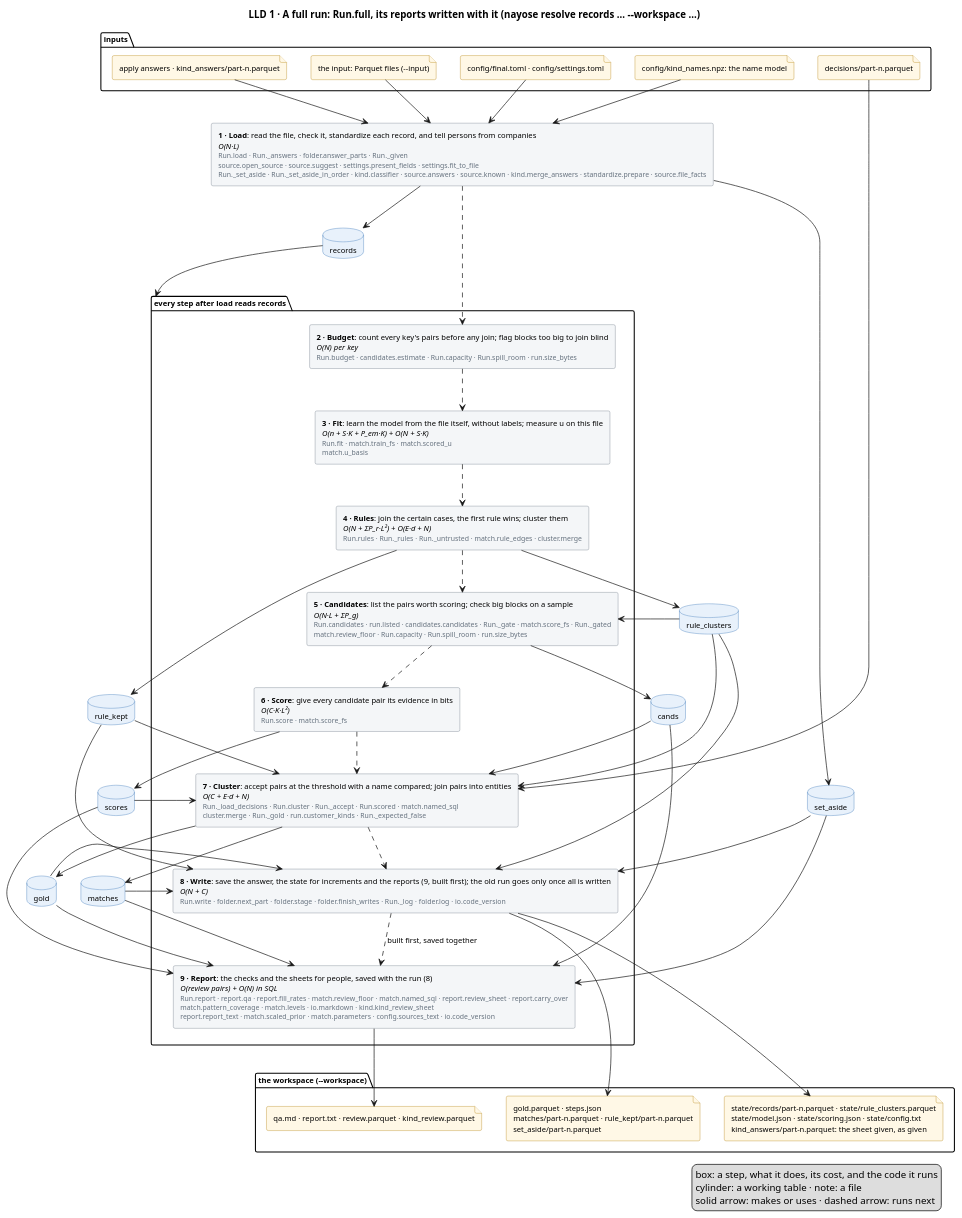
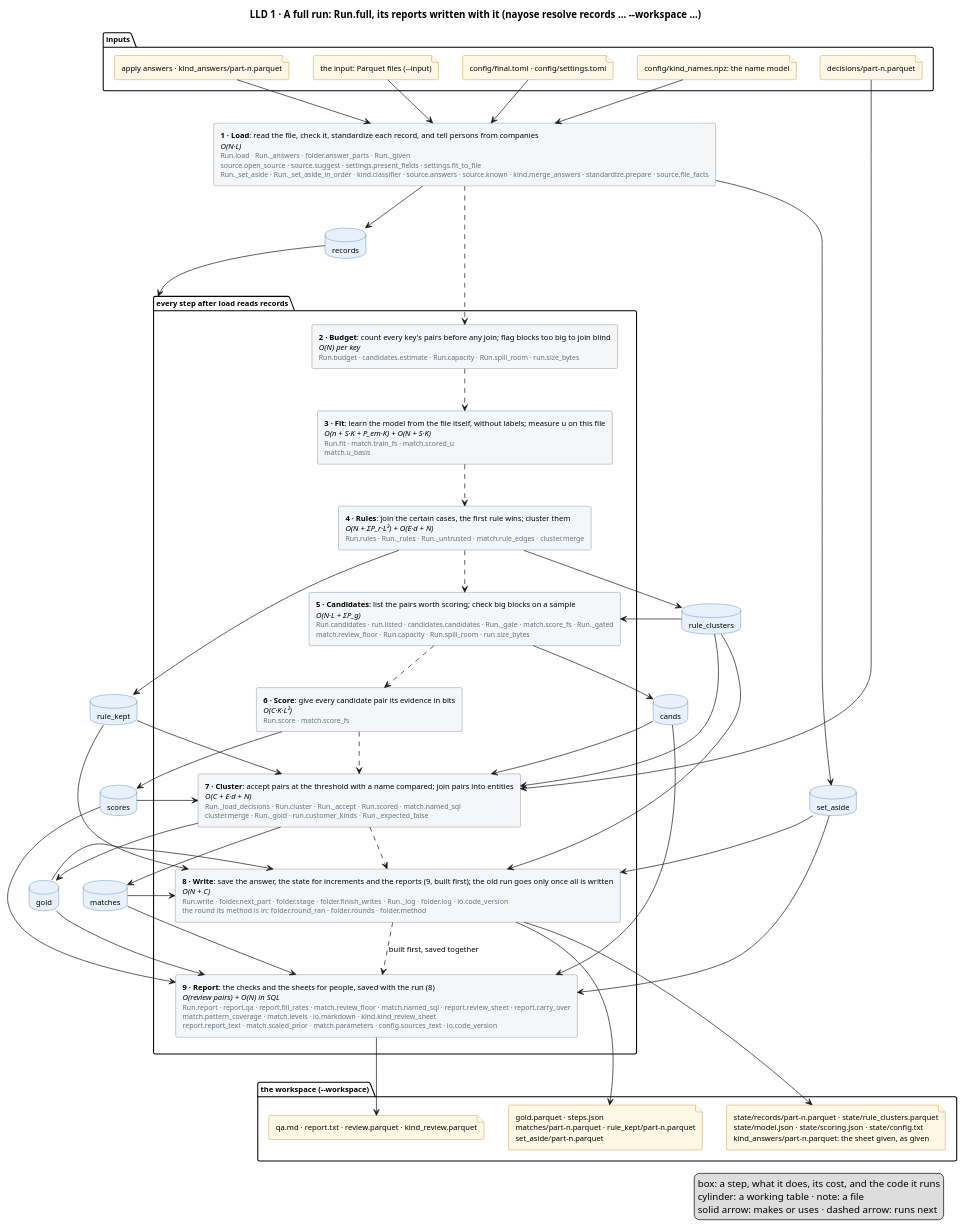
The diagram in docs/diagrams/full-run.puml (mvsbm/entity_matching), drawn with PlantUML before and after one commit. The commit also changed 17 other files, not shown here.

First line of the commit message:
Improve matching, the engine: a workspace's method, its rounds, and what people's decisions say

```diff
--- a/docs/diagrams/full-run.puml
+++ b/docs/diagrams/full-run.puml
@@ -1,100 +1,100 @@
 @startuml full-run
 title LLD 1 · A full run: Run.full, its reports written with it (nayose resolve records … ~--workspace …)
 skinparam defaultFontSize 11
 skinparam rectangle {
   BackgroundColor #F4F6F8
   BorderColor #65717E
 }
 skinparam database {
   BackgroundColor #E8F1FB
   BorderColor #2C6DB3
 }
 skinparam file {
   BackgroundColor #FFF8E6
   BorderColor #B07D00
 }
 
 package "inputs" {
   file "the input: Parquet files (~--input)" as f_input
   file "config/final.toml · config/settings.toml" as f_config
   file "config/kind_names.npz: the name model" as f_names
   file "apply answers · kind_answers/part-n.parquet" as f_answers
   file "decisions/part-n.parquet" as f_decisions
 }
 
 
 rectangle "<b>1 · Load</b>: read the file, check it, standardize each record, and tell persons from companies\n<i>O(N·L)</i>\n<size:10><color:#65717E>Run.load · Run._answers · folder.answer_parts · Run._given</color></size>\n<size:10><color:#65717E>source.open_source · source.suggest · settings.present_fields · settings.fit_to_file</color></size>\n<size:10><color:#65717E>Run._set_aside · Run._set_aside_in_order · kind.classifier · source.answers · source.known · kind.merge_answers · standardize.prepare · source.file_facts</color></size>" as load
 package "every step after load reads records" as after_load {
   rectangle "<b>2 · Budget</b>: count every key's pairs before any join; flag blocks too big to join blind\n<i>O(N) per key</i>\n<size:10><color:#65717E>Run.budget · candidates.estimate · Run.capacity · Run.spill_room · run.size_bytes</color></size>" as budget
   rectangle "<b>3 · Fit</b>: learn the model from the file itself, without labels; measure u on this file\n<i>O(n + S·K + P_em·K) + O(N + S·K)</i>\n<size:10><color:#65717E>Run.fit · match.train_fs · match.scored_u</color></size>\n<size:10><color:#65717E>match.u_basis</color></size>" as fit
   rectangle "<b>4 · Rules</b>: join the certain cases, the first rule wins; cluster them\n<i>O(N + ΣP_r·L²) + O(E·d + N)</i>\n<size:10><color:#65717E>Run.rules · Run._rules · Run._untrusted · match.rule_edges · cluster.merge</color></size>" as rules
   rectangle "<b>5 · Candidates</b>: list the pairs worth scoring; check big blocks on a sample\n<i>O(N·L + ΣP_g)</i>\n<size:10><color:#65717E>Run.candidates · run.listed · candidates.candidates · Run._gate · match.score_fs · Run._gated</color></size>\n<size:10><color:#65717E>match.review_floor · Run.capacity · Run.spill_room · run.size_bytes</color></size>" as candidates
   rectangle "<b>6 · Score</b>: give every candidate pair its evidence in bits\n<i>O(C·K·L²)</i>\n<size:10><color:#65717E>Run.score · match.score_fs</color></size>" as score
   rectangle "<b>7 · Cluster</b>: accept pairs at the threshold with a name compared; join pairs into entities\n<i>O(C + E·d + N)</i>\n<size:10><color:#65717E>Run._load_decisions · Run.cluster · Run._accept · Run.scored · match.named_sql</color></size>\n<size:10><color:#65717E>cluster.merge · Run._gold · run.customer_kinds · Run._expected_false</color></size>" as cluster
-  rectangle "<b>8 · Write</b>: save the answer, the state for increments and the reports (9, built first); the old run goes only once all is written\n<i>O(N + C)</i>\n<size:10><color:#65717E>Run.write · folder.next_part · folder.stage · folder.finish_writes · Run._log · folder.log · io.code_version</color></size>" as write
+  rectangle "<b>8 · Write</b>: save the answer, the state for increments and the reports (9, built first); the old run goes only once all is written\n<i>O(N + C)</i>\n<size:10><color:#65717E>Run.write · folder.next_part · folder.stage · folder.finish_writes · Run._log · folder.log · io.code_version</color></size>\n<size:10><color:#65717E>the round its method is in: folder.round_ran · folder.rounds · folder.method</color></size>" as write
   rectangle "<b>9 · Report</b>: the checks and the sheets for people, saved with the run (8)\n<i>O(review pairs) + O(N) in SQL</i>\n<size:10><color:#65717E>Run.report · report.qa · report.fill_rates · match.review_floor · match.named_sql · report.review_sheet · report.carry_over</color></size>\n<size:10><color:#65717E>match.pattern_coverage · match.levels · io.markdown · kind.kind_review_sheet</color></size>\n<size:10><color:#65717E>report.report_text · match.scaled_prior · match.parameters · config.sources_text · io.code_version</color></size>" as report
 }
 database "records" as records
 database "set_aside" as set_aside
 database "rule_clusters" as rule_clusters
 database "rule_kept" as rule_kept
 database "cands" as cands
 database "scores" as scores
 database "matches" as matches
 database "gold" as gold
 
 package "the workspace (~--workspace)" {
   file "gold.parquet · steps.json\nmatches/part-n.parquet · rule_kept/part-n.parquet\nset_aside/part-n.parquet" as f_out
   file "state/records/part-n.parquet · state/rule_clusters.parquet\nstate/model.json · state/scoring.json · state/config.txt\nkind_answers/part-n.parquet: the sheet given, as given" as f_state
   file "qa.md · report.txt · review.parquet · kind_review.parquet" as f_people
 }
 
 f_input --> load
 f_config --> load
 f_names --> load
 f_answers --> load
 f_decisions --> cluster
 
 load ..> budget
 budget ..> fit
 fit ..> rules
 rules ..> candidates
 candidates ..> score
 score ..> cluster
 cluster ..> write
 write ..> report : built first, saved together
 
 load --> records
 load --> set_aside
 records --> after_load
 rules --> rule_clusters
 rules --> rule_kept
 rule_clusters --> candidates
 rule_clusters --> cluster
 rule_clusters --> write
 rule_kept --> cluster
 rule_kept --> write
 candidates --> cands
 cands --> cluster
 cands --> report
 score --> scores
 scores --> cluster
 scores --> report
 cluster --> matches
 cluster --> gold
 matches --> write
 matches --> report
 gold --> write
 gold --> report
 set_aside --> write
 set_aside --> report
 
 write --> f_out
 write --> f_state
 report --> f_people
 legend right
   box: a step, what it does, its cost, and the code it runs
   cylinder: a working table · note: a file
   solid arrow: makes or uses · dashed arrow: runs next
 endlegend
 @enduml
```
